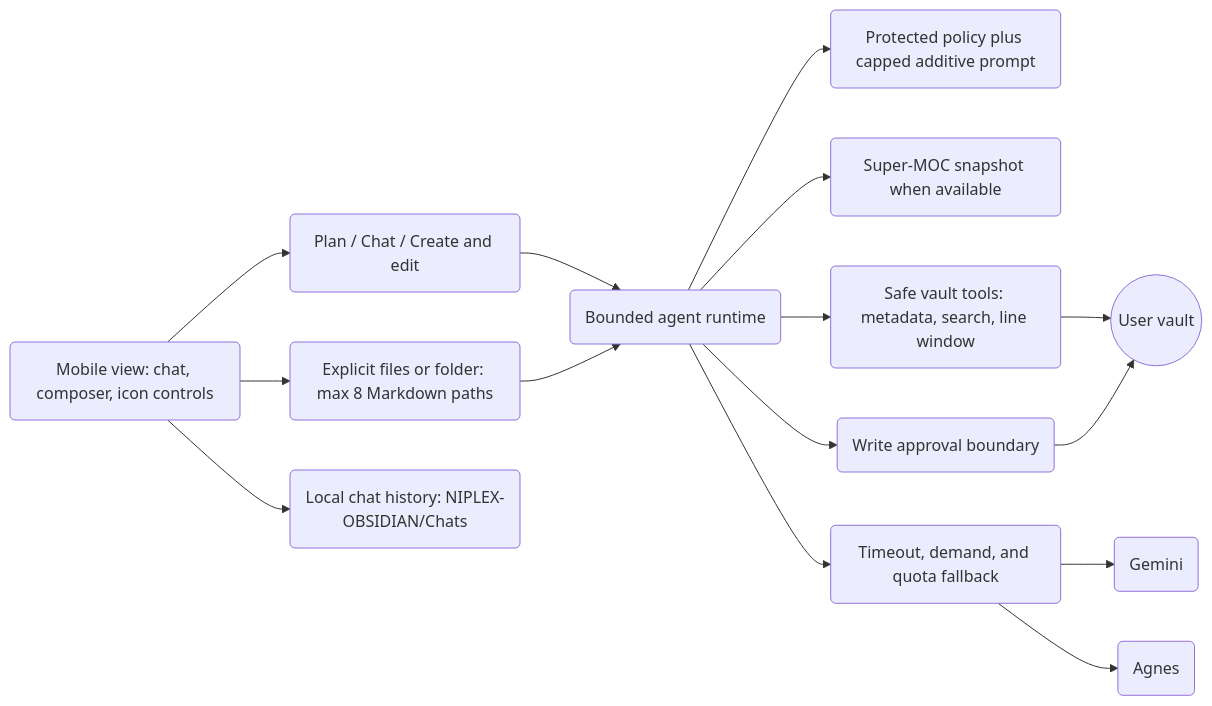
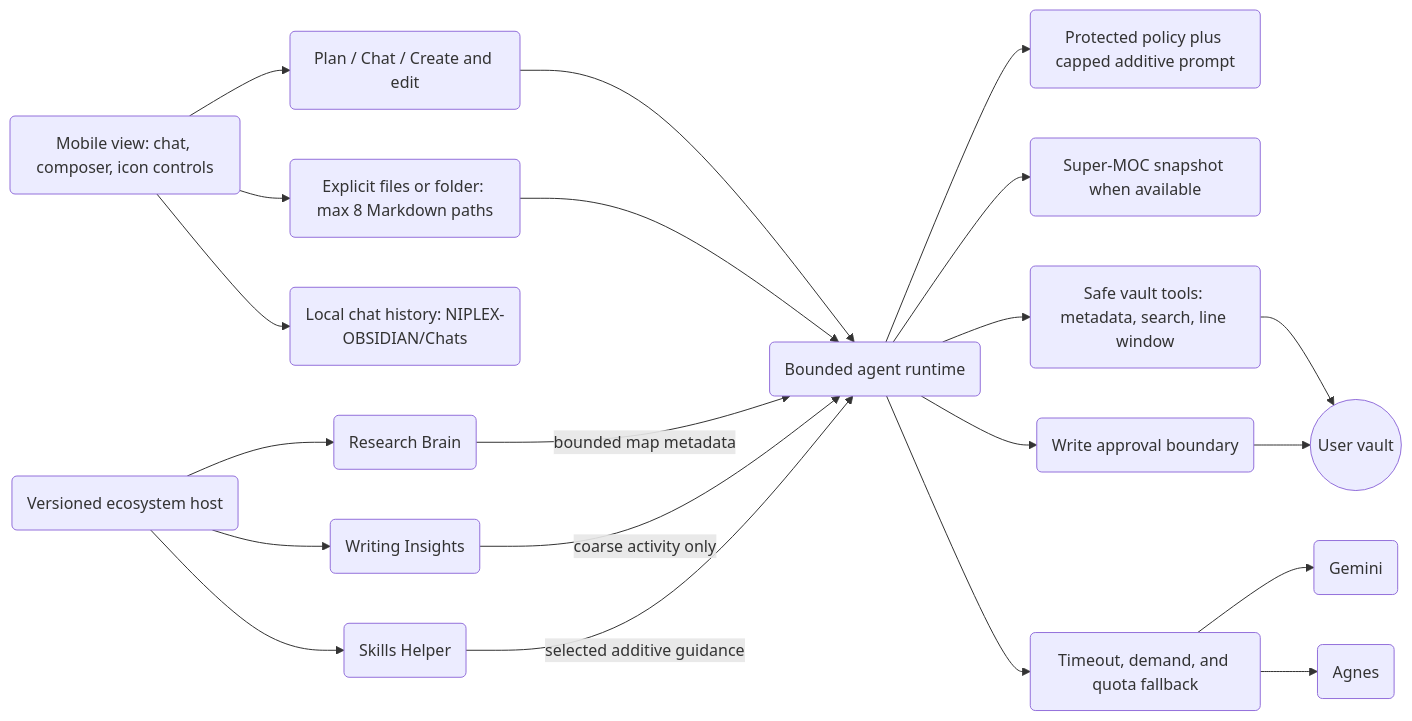
One commit to Aj-Niplex/Niplex-obsidian-Research-AI changed the first of 2 diagrams in README.md. Above: the diagram before and after it, drawn with Mermaid. The commit also changed other lines of this file and 23 other files, not shown here.

First line of the commit message:
Add Niplex ecosystem host and consent-based companion updates (#1)

````diff
--- a/README.md
+++ b/README.md
@@ -59,17 +80,23 @@
 ```mermaid
 flowchart LR
     UI("Mobile view: chat, composer, icon controls") --> MODE("Plan / Chat / Create and edit")
     UI --> ATTACH("Explicit files or folder: max 8 Markdown paths")
     UI --> HISTORY("Local chat history: NIPLEX-OBSIDIAN/Chats")
     MODE --> RUNTIME("Bounded agent runtime")
     ATTACH --> RUNTIME
     RUNTIME --> PROMPT("Protected policy plus capped additive prompt")
     RUNTIME --> MOC("Super-MOC snapshot when available")
     RUNTIME --> TOOLS("Safe vault tools: metadata, search, line window")
     RUNTIME --> FALLBACK("Timeout, demand, and quota fallback")
     FALLBACK --> GEMINI("Gemini")
     FALLBACK --> AGNES("Agnes")
     TOOLS --> VAULT(("User vault"))
     RUNTIME --> APPROVAL("Write approval boundary")
     APPROVAL --> VAULT
+    HOST("Versioned ecosystem host") --> BRAIN("Research Brain")
+    HOST --> INSIGHTS("Writing Insights")
+    HOST --> SKILLS("Skills Helper")
+    BRAIN -->|bounded map metadata| RUNTIME
+    INSIGHTS -->|coarse activity only| RUNTIME
+    SKILLS -->|selected additive guidance| RUNTIME
 ```
````
